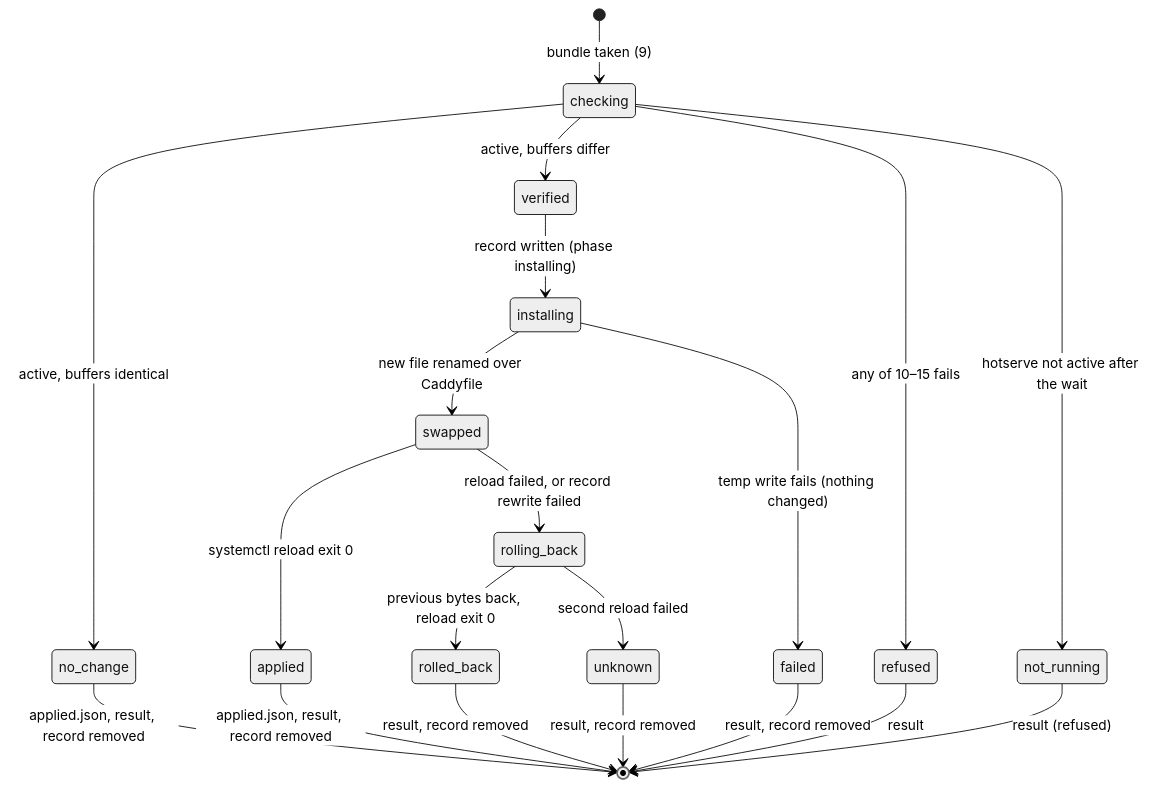
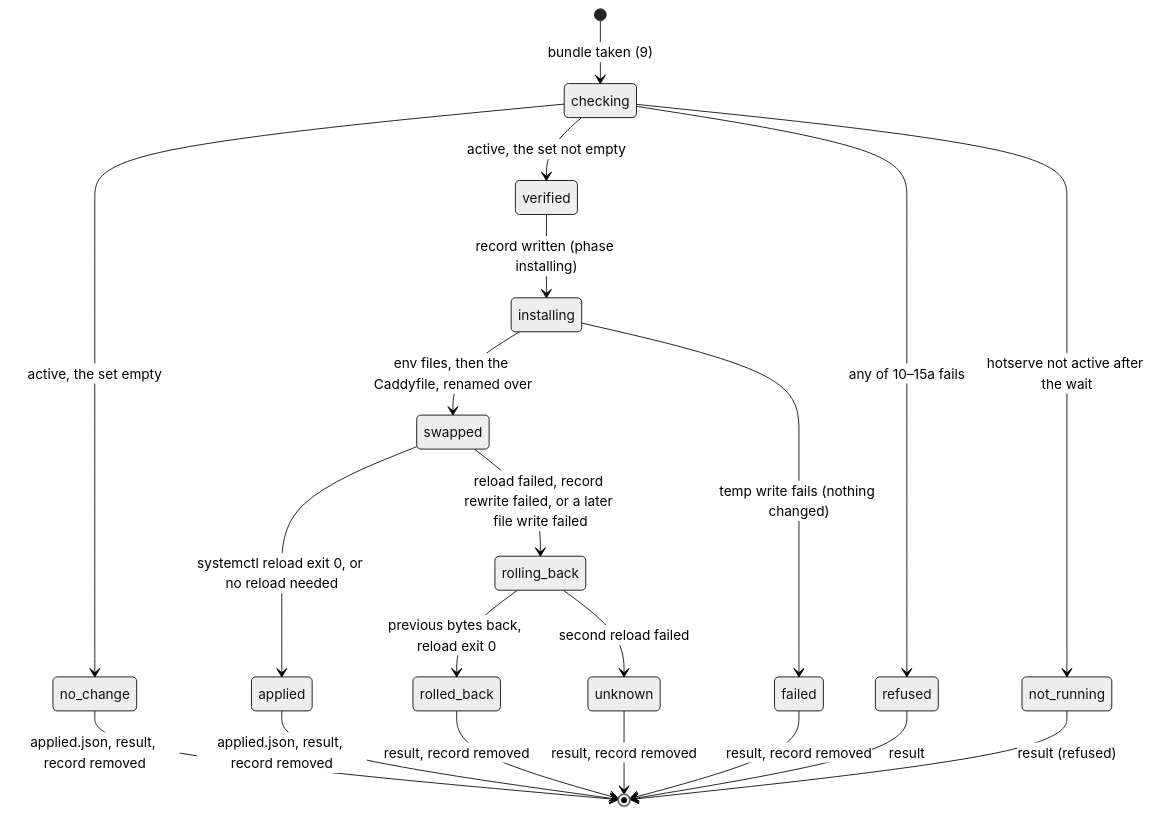
One commit to smallhoursorg/hotserve changed the first of 4 diagrams in box/DESIGN-box.md. Above: the diagram before and after it, drawn with Mermaid (neutral theme). The commit also changed other lines of this file and 1 other file, not shown here.

````diff
--- a/box/DESIGN-box.md
+++ b/box/DESIGN-box.md
@@ -607,22 +670,22 @@
 ```mermaid
 stateDiagram-v2
     [*] --> checking : bundle taken (9)
-    checking --> refused : any of 10–15 fails
+    checking --> refused : any of 10–15a fails
     checking --> not_running : hotserve not active after the wait
-    checking --> no_change : active, buffers identical
-    checking --> verified : active, buffers differ
+    checking --> no_change : active, the set empty
+    checking --> verified : active, the set not empty
     no_change --> [*] : applied.json, result, record removed
     verified --> installing : record written (phase installing)
     installing --> failed : temp write fails (nothing changed)
-    installing --> swapped : new file renamed over Caddyfile
-    swapped --> applied : systemctl reload exit 0
-    swapped --> rolling_back : reload failed, or record rewrite failed
+    installing --> swapped : env files, then the Caddyfile, renamed over
+    swapped --> applied : systemctl reload exit 0, or no reload needed
+    swapped --> rolling_back : reload failed, record rewrite failed, or a later file write failed
     applied --> [*] : applied.json, result, record removed
     rolling_back --> rolled_back : previous bytes back, reload exit 0
     rolling_back --> unknown : second reload failed
     rolled_back --> [*] : result, record removed
     unknown --> [*] : result, record removed
     failed --> [*] : result, record removed
     refused --> [*] : result
     not_running --> [*] : result (refused)
 ```
````
